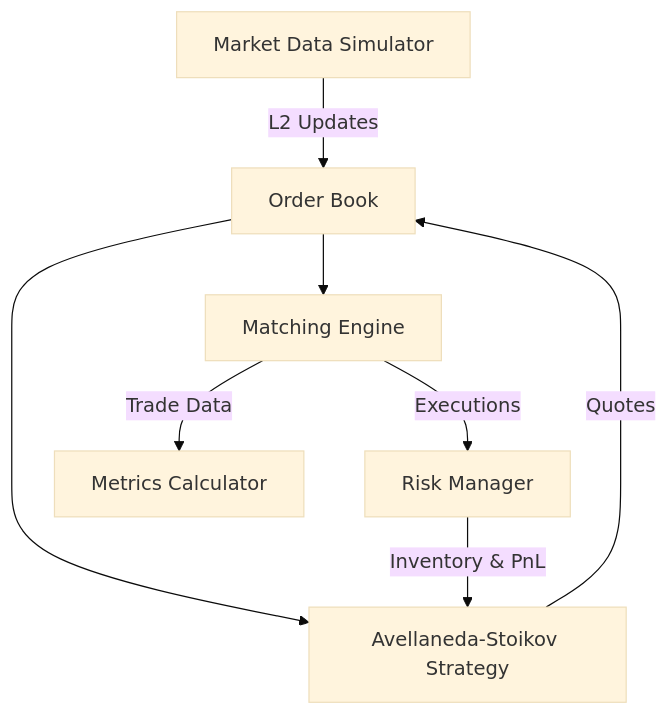
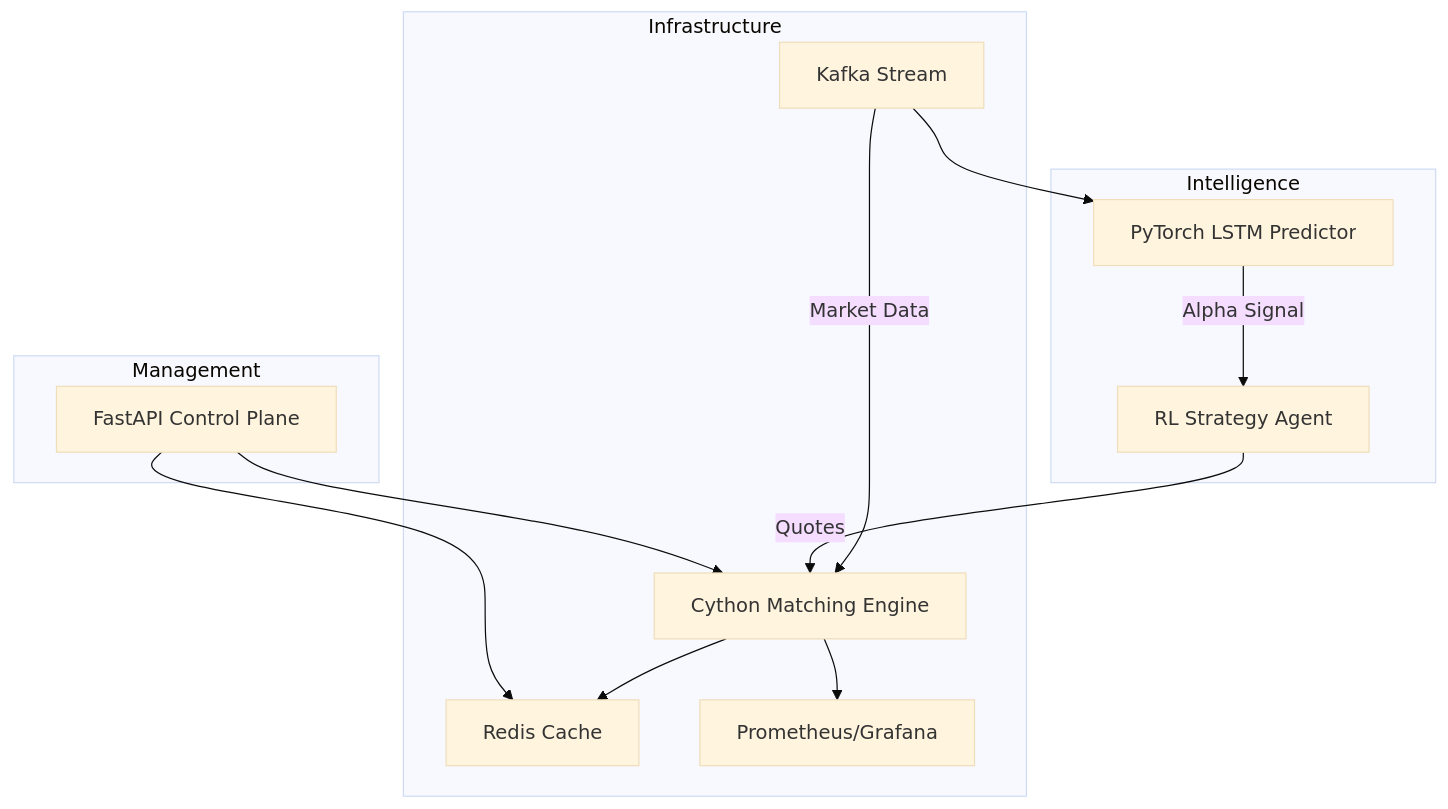
Before and after one commit to Rishav-raj-github/market-maker-algo: the diagram in README.md, drawn with Mermaid (base theme). The commit also changed other lines of this file and 8 other files, not shown here.

Commit message:
feat: ultra high-class upgrade (Docker, Kafka, PyTorch, Cython, FastAPI)

````diff
--- a/README.md
+++ b/README.md
@@ -13,10 +27,19 @@
 ```mermaid
 graph TD;
-    MD[Market Data Simulator] -->|L2 Updates| OB[Order Book];
-    OB --> ST[Avellaneda-Stoikov Strategy];
-    ST -->|Quotes| OB;
-    OB --> ME[Matching Engine];
-    ME -->|Executions| RM[Risk Manager];
-    RM -->|Inventory & PnL| ST;
-    ME -->|Trade Data| MC[Metrics Calculator];
+    subgraph Infrastructure
+        K[Kafka Stream] -->|Market Data| E[Cython Matching Engine];
+        E --> R[Redis Cache];
+        E --> P[Prometheus/Grafana];
+    end
+    
+    subgraph Intelligence
+        K --> LSTM[PyTorch LSTM Predictor];
+        LSTM -->|Alpha Signal| S[RL Strategy Agent];
+        S -->|Quotes| E;
+    end
+    
+    subgraph Management
+        API[FastAPI Control Plane] --> E;
+        API --> R;
+    end
 ```
````
